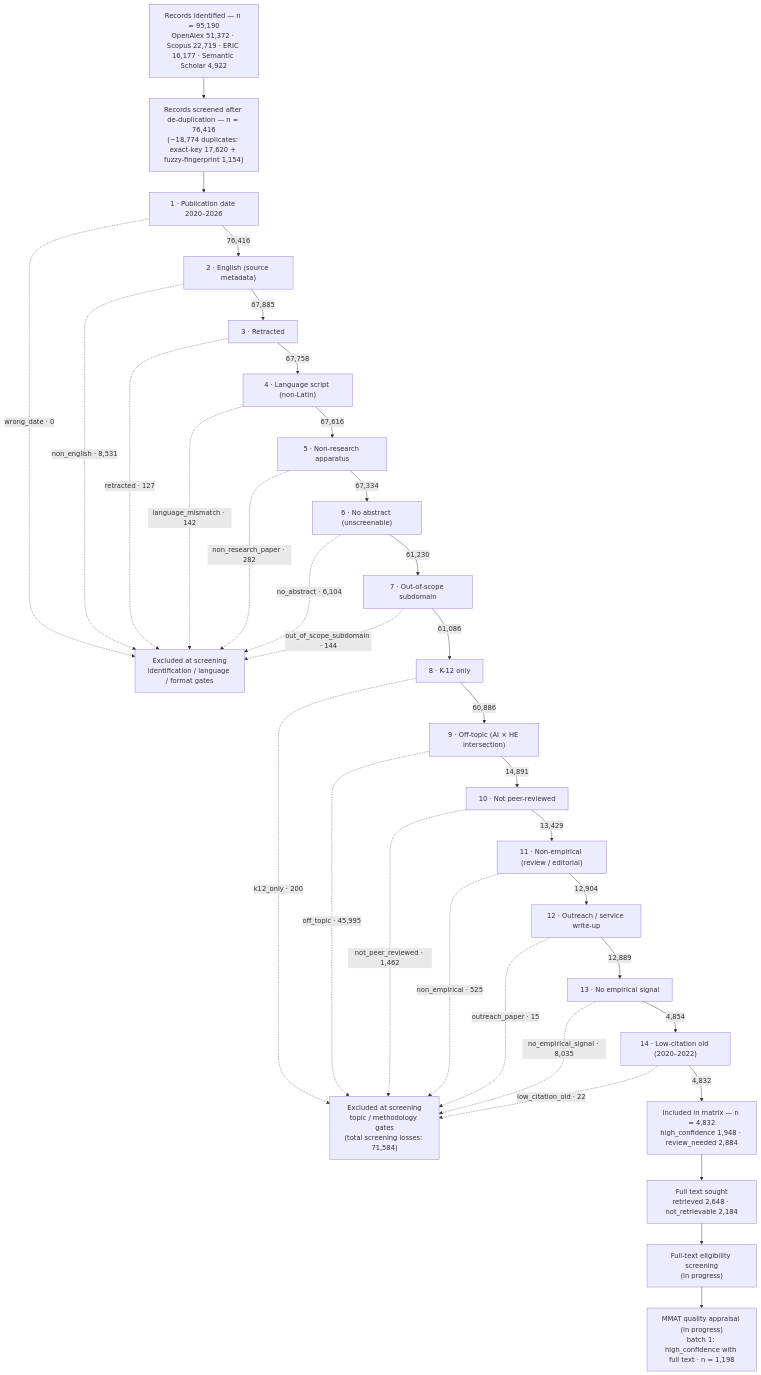
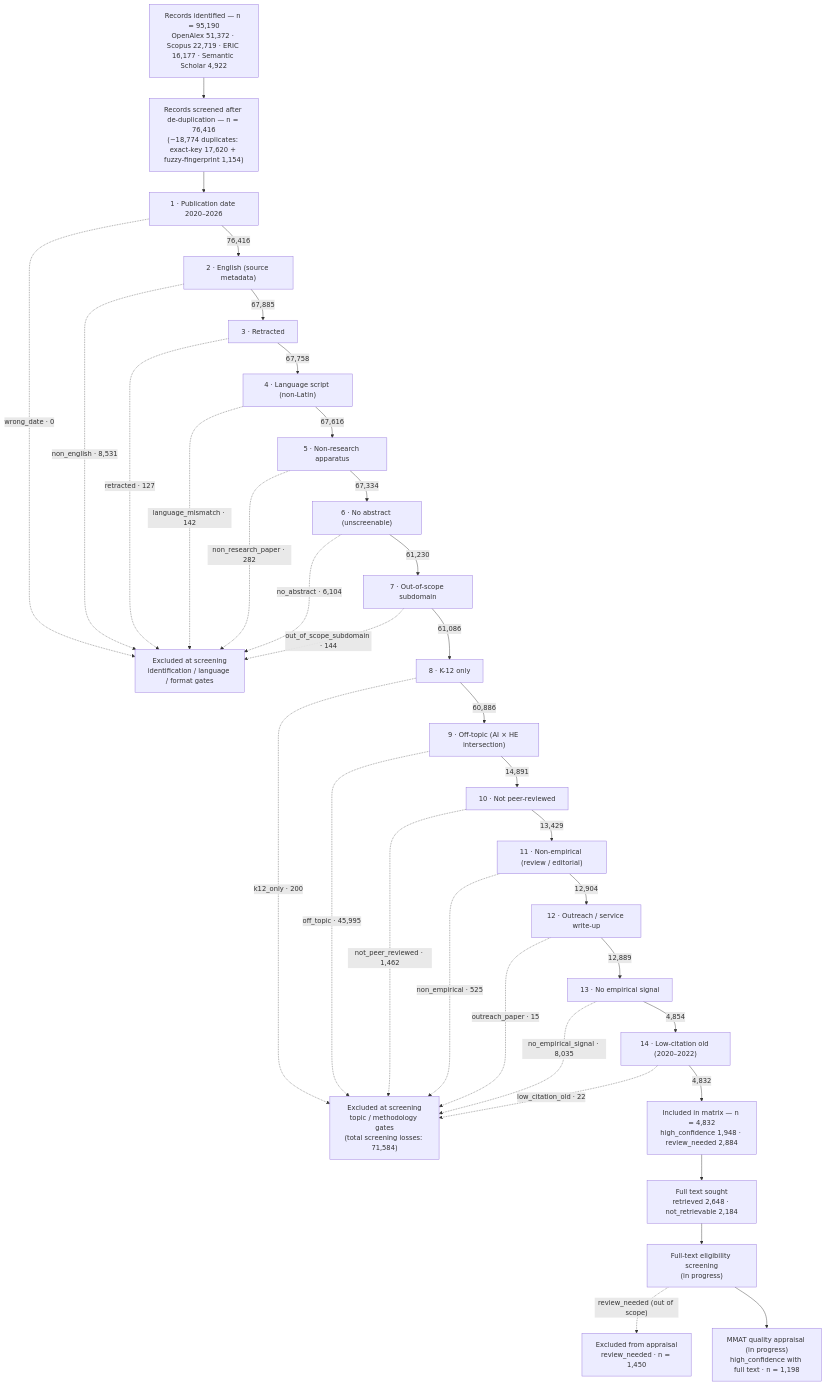
The fourth of 4 diagrams in README.md (benjiesotelo-sudo/AI-Higher-Ed-RRL), drawn with Mermaid before and after one commit. The commit also changed other lines of this file, not shown here.

First line of the commit message:
docs(readme): scope PRISMA + stats to high_confidence-with-PDF set (n=1,198)

````diff
--- a/README.md
+++ b/README.md
@@ -358,43 +362,44 @@
 ```mermaid
 flowchart TD
     ID["Records identified — n = 95,190<br/>OpenAlex 51,372 · Scopus 22,719 · ERIC 16,177 · Semantic Scholar 4,922"]
     DD["Records screened after de-duplication — n = 76,416<br/>(−18,774 duplicates: exact-key 17,620 + fuzzy-fingerprint 1,154)"]
     ID --> DD --> F1
 
     F1["1 · Publication date 2020–2026"] -. "wrong_date · 0" .-> XA
     F1 -->|"76,416"| F2
     F2["2 · English (source metadata)"] -. "non_english · 8,531" .-> XA
     F2 -->|"67,885"| F3
     F3["3 · Retracted"] -. "retracted · 127" .-> XA
     F3 -->|"67,758"| F4
     F4["4 · Language script (non-Latin)"] -. "language_mismatch · 142" .-> XA
     F4 -->|"67,616"| F5
     F5["5 · Non-research apparatus"] -. "non_research_paper · 282" .-> XA
     F5 -->|"67,334"| F6
     F6["6 · No abstract (unscreenable)"] -. "no_abstract · 6,104" .-> XA
     F6 -->|"61,230"| F7
     F7["7 · Out-of-scope subdomain"] -. "out_of_scope_subdomain · 144" .-> XA
     F7 -->|"61,086"| F8
     F8["8 · K-12 only"] -. "k12_only · 200" .-> XB
     F8 -->|"60,886"| F9
     F9["9 · Off-topic (AI × HE intersection)"] -. "off_topic · 45,995" .-> XB
     F9 -->|"14,891"| F10
     F10["10 · Not peer-reviewed"] -. "not_peer_reviewed · 1,462" .-> XB
     F10 -->|"13,429"| F11
     F11["11 · Non-empirical (review / editorial)"] -. "non_empirical · 525" .-> XB
     F11 -->|"12,904"| F12
     F12["12 · Outreach / service write-up"] -. "outreach_paper · 15" .-> XB
     F12 -->|"12,889"| F13
     F13["13 · No empirical signal"] -. "no_empirical_signal · 8,035" .-> XB
     F13 -->|"4,854"| F14
     F14["14 · Low-citation old (2020–2022)"] -. "low_citation_old · 22" .-> XB
     F14 -->|"4,832"| INC
 
     XA["Excluded at screening<br/>identification / language / format gates"]
     XB["Excluded at screening<br/>topic / methodology gates<br/>(total screening losses: 71,584)"]
 
     INC["Included in matrix — n = 4,832<br/>high_confidence 1,948 · review_needed 2,884"]
     INC --> RET["Full text sought<br/>retrieved 2,648 · not_retrievable 2,184"]
     RET --> ELIG["Full-text eligibility screening<br/>(in progress)"]
-    ELIG --> APP["MMAT quality appraisal (in progress)<br/>batch 1: high_confidence with full text · n = 1,198"]
+    ELIG -. review_needed (out of scope) .-> RNX["Excluded from appraisal<br/>review_needed · n = 1,450"]
+    ELIG --> APP["MMAT quality appraisal (in progress)<br/>high_confidence with full text · n = 1,198"]
 ```
````
